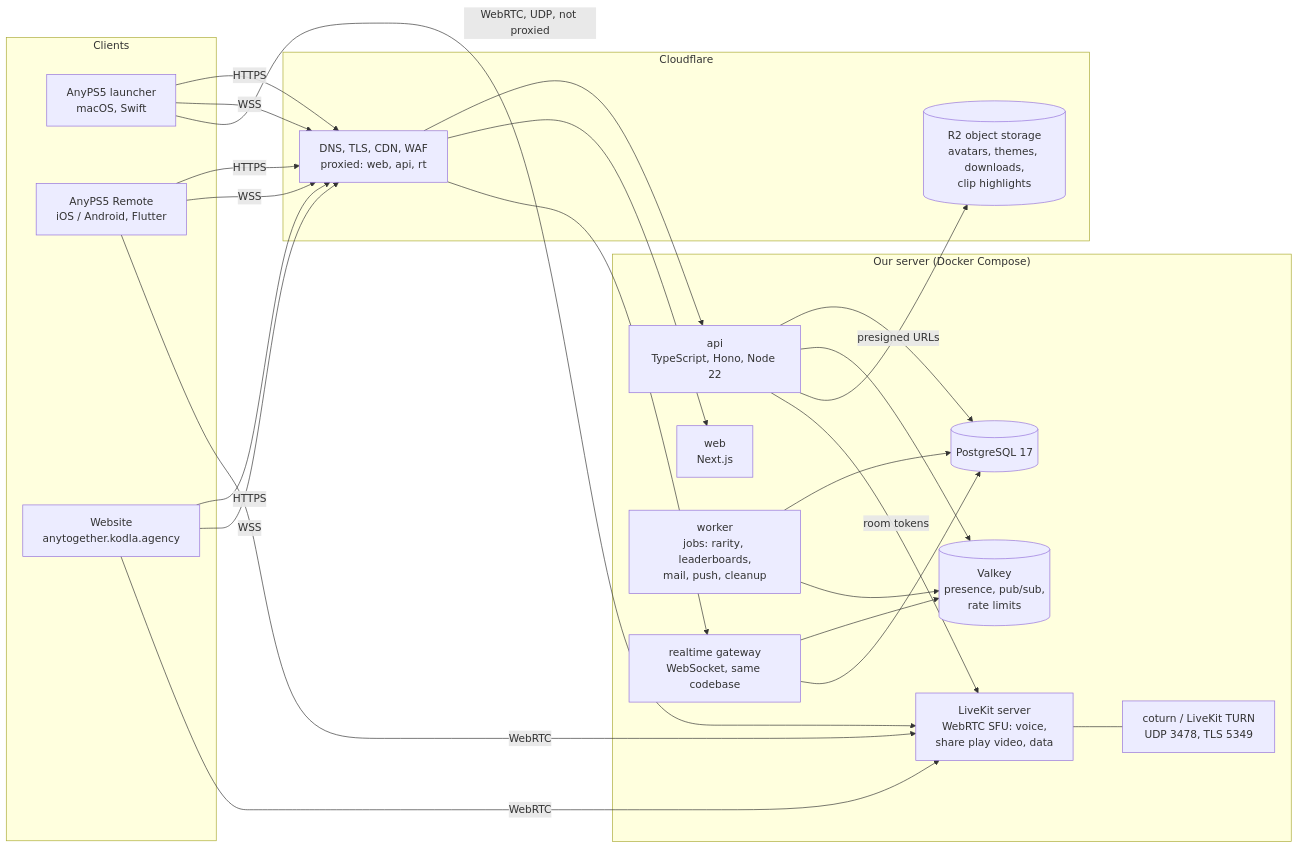
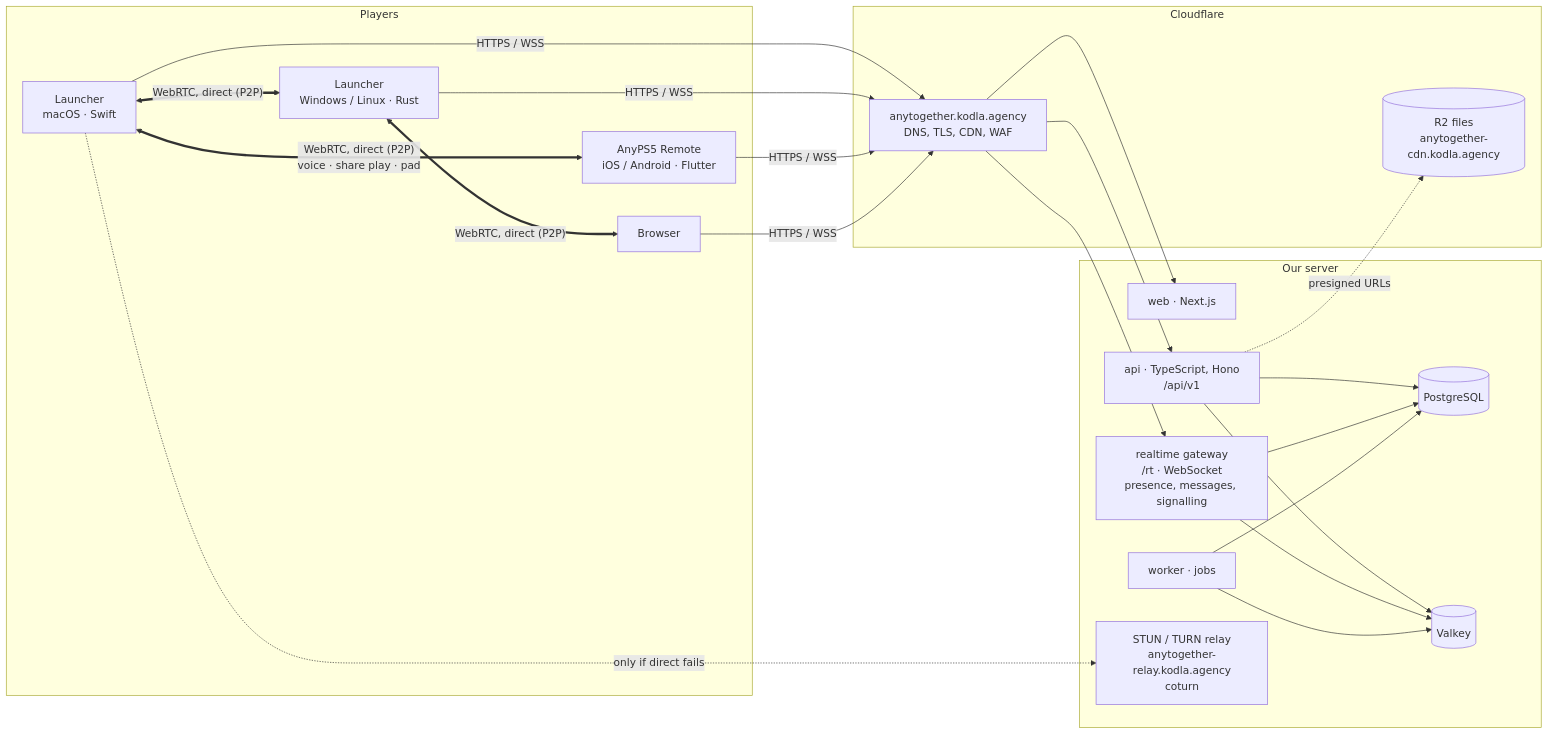
The first of 2 diagrams in docs/en/02-architecture.md (AnyTogether/AnyPS5-ARM), drawn with Mermaid before and after one commit. The commit also changed other lines of this file and 12 other files, not shown here.

````diff
--- a/docs/en/02-architecture.md
+++ b/docs/en/02-architecture.md
@@ -5,43 +13,35 @@
 ```mermaid
 flowchart LR
-    subgraph Clients
-        L[AnyPS5 launcher<br/>macOS, Swift]
-        P[AnyPS5 Remote<br/>iOS / Android, Flutter]
-        W[Website<br/>anytogether.kodla.agency]
+    subgraph Players
+        L1[Launcher<br/>macOS · Swift]
+        L2[Launcher<br/>Windows / Linux · Rust]
+        P[AnyPS5 Remote<br/>iOS / Android · Flutter]
+        W[Browser]
     end
 
     subgraph Cloudflare
-        CF[DNS, TLS, CDN, WAF<br/>proxied: web, api, rt]
-        R2[(R2 object storage<br/>avatars, themes, downloads,<br/>clip highlights)]
+        CF[anytogether.kodla.agency<br/>DNS, TLS, CDN, WAF]
+        R2[(R2 files<br/>anytogether-cdn.kodla.agency)]
     end
 
-    subgraph "Our server (Docker Compose)"
-        API[api<br/>TypeScript, Hono, Node 22]
-        RT[realtime gateway<br/>WebSocket, same codebase]
-        WK[worker<br/>jobs: rarity, leaderboards,<br/>mail, push, cleanup]
-        WEB[web<br/>Next.js]
-        PG[(PostgreSQL 17)]
-        VK[(Valkey<br/>presence, pub/sub,<br/>rate limits)]
-        LK[LiveKit server<br/>WebRTC SFU: voice,<br/>share play video, data]
-        TURN[coturn / LiveKit TURN<br/>UDP 3478, TLS 5349]
+    subgraph "Our server"
+        WEB[web · Next.js]
+        API[api · TypeScript, Hono<br/>/api/v1]
+        RT[realtime gateway<br/>/rt · WebSocket<br/>presence, messages, signalling]
+        WK[worker · jobs]
+        PG[(PostgreSQL)]
+        VK[(Valkey)]
+        TURN[STUN / TURN relay<br/>anytogether-relay.kodla.agency<br/>coturn]
     end
 
-    L -- HTTPS --> CF --> API
-    P -- HTTPS --> CF
-    W -- HTTPS --> CF --> WEB
-    L -- WSS --> CF --> RT
-    P -- WSS --> CF
-    W -- WSS --> CF
-    API --> PG
-    API --> VK
-    RT --> VK
-    RT --> PG
-    WK --> PG
-    WK --> VK
-    API -- presigned URLs --> R2
-    L -- WebRTC, UDP, not proxied --> LK
-    P -- WebRTC --> LK
-    W -- WebRTC --> LK
-    LK --- TURN
-    API -- room tokens --> LK
+    L1 & L2 & P & W -- HTTPS / WSS --> CF --> WEB & API & RT
+    API --> PG & VK
+    RT --> VK & PG
+    WK --> PG & VK
+    API -. presigned URLs .-> R2
+
+    L1 <== "WebRTC, direct (P2P)<br/>voice · share play · pad" ==> P
+    L2 <== "WebRTC, direct (P2P)" ==> W
+    L1 <== "WebRTC, direct (P2P)" ==> L2
+    L1 -. "only if direct fails" .-> TURN
 ```
````
